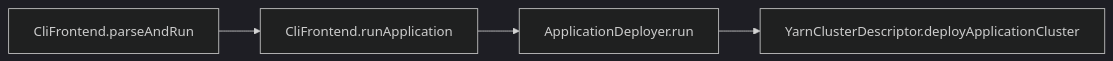
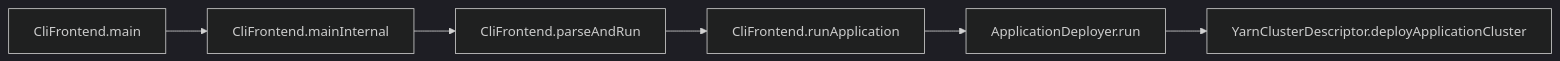
One commit to roohom/Code-Cookbook changed the first of 3 diagrams in source/Blog Here/[Flink源码]YarnApplication模式的任务启动.md. Above: the diagram before and after it, drawn with Mermaid (dark theme). The commit also changed other lines of this file, not shown here.

Commit message:
补充流程图

```diff
--- a/source/Blog Here/[Flink源码]YarnApplication模式的任务启动.md
+++ b/source/Blog Here/[Flink源码]YarnApplication模式的任务启动.md
@@ -141,4 +141,5 @@
 ~~~mermaid
 flowchart LR
+    CliFrontend.main --> CliFrontend.mainInternal --> CliFrontend.parseAndRun
     CliFrontend.parseAndRun --> CliFrontend.runApplication --> ApplicationDeployer.run --> YarnClusterDescriptor.deployApplicationCluster
 ~~~
```
